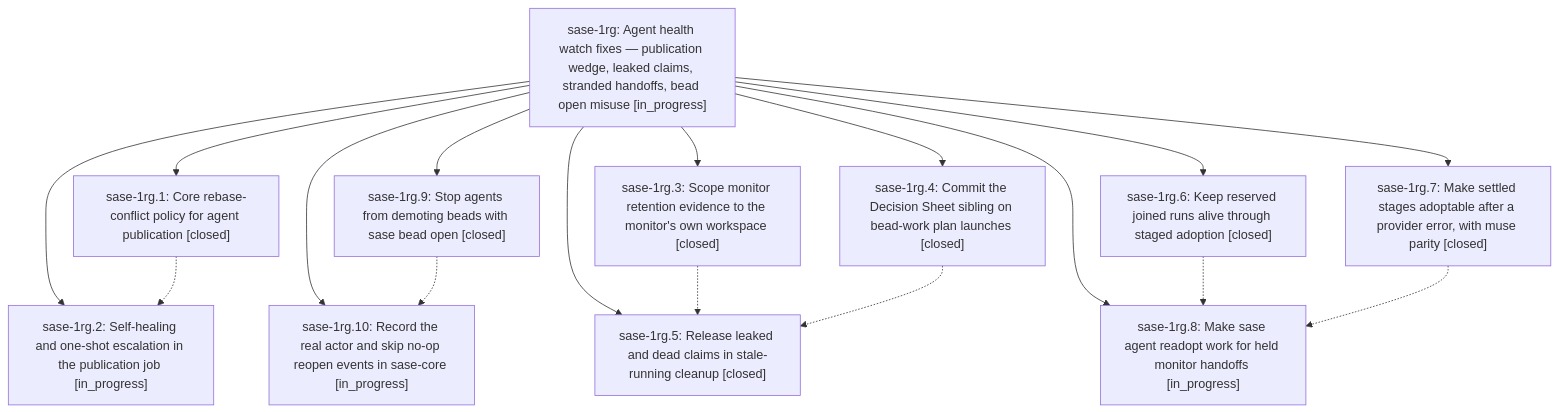
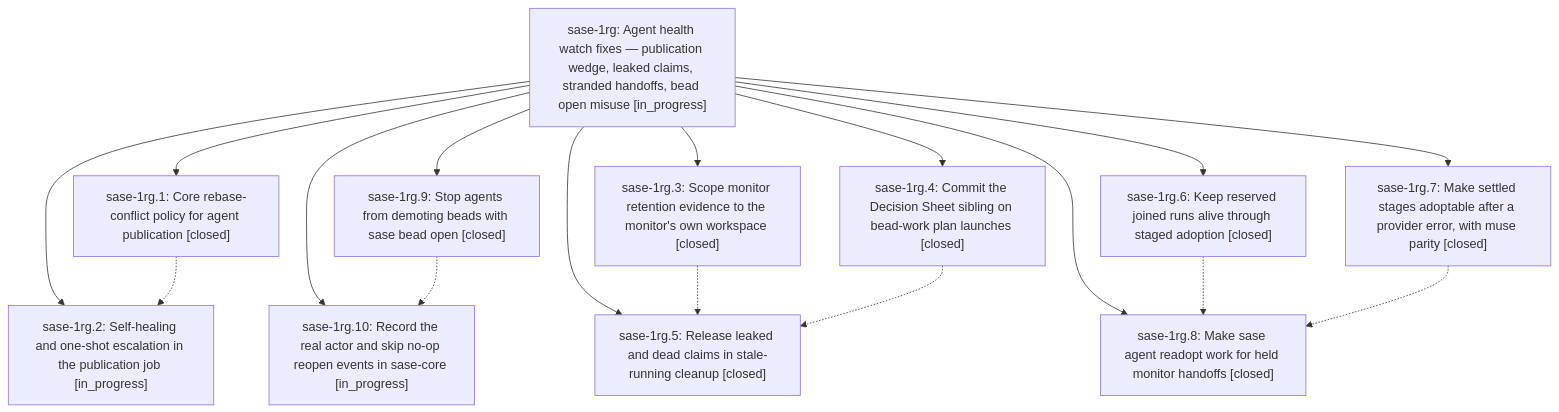
The diagram in pages/sase-1rg/README.md (sase-org/sase--beads), drawn with Mermaid before and after one commit. The commit also changed other lines of this file and 5 other files, not shown here.

````diff
--- a/pages/sase-1rg/README.md
+++ b/pages/sase-1rg/README.md
@@ -31,30 +31,30 @@
 ```mermaid
 flowchart TD
     n0["sase-1rg: Agent health watch fixes — publication wedge, leaked claims, stranded handoffs, bead open misuse [in_progress]"]
     n1["sase-1rg.1: Core rebase-conflict policy for agent publication [closed]"]
     n2["sase-1rg.10: Record the real actor and skip no-op reopen events in sase-core [in_progress]"]
     n3["sase-1rg.2: Self-healing and one-shot escalation in the publication job [in_progress]"]
     n4["sase-1rg.3: Scope monitor retention evidence to the monitor's own workspace [closed]"]
     n5["sase-1rg.4: Commit the Decision Sheet sibling on bead-work plan launches [closed]"]
     n6["sase-1rg.5: Release leaked and dead claims in stale-running cleanup [closed]"]
     n7["sase-1rg.6: Keep reserved joined runs alive through staged adoption [closed]"]
     n8["sase-1rg.7: Make settled stages adoptable after a provider error, with muse parity [closed]"]
-    n9["sase-1rg.8: Make sase agent readopt work for held monitor handoffs [in_progress]"]
+    n9["sase-1rg.8: Make sase agent readopt work for held monitor handoffs [closed]"]
     n10["sase-1rg.9: Stop agents from demoting beads with sase bead open [closed]"]
     n0 --> n1
     n0 --> n2
     n0 --> n3
     n0 --> n4
     n0 --> n5
     n0 --> n6
     n0 --> n7
     n0 --> n8
     n0 --> n9
     n0 --> n10
     n1 -.-> n3
     n4 -.-> n6
     n5 -.-> n6
     n7 -.-> n9
     n8 -.-> n9
     n10 -.-> n2
 ```
````
